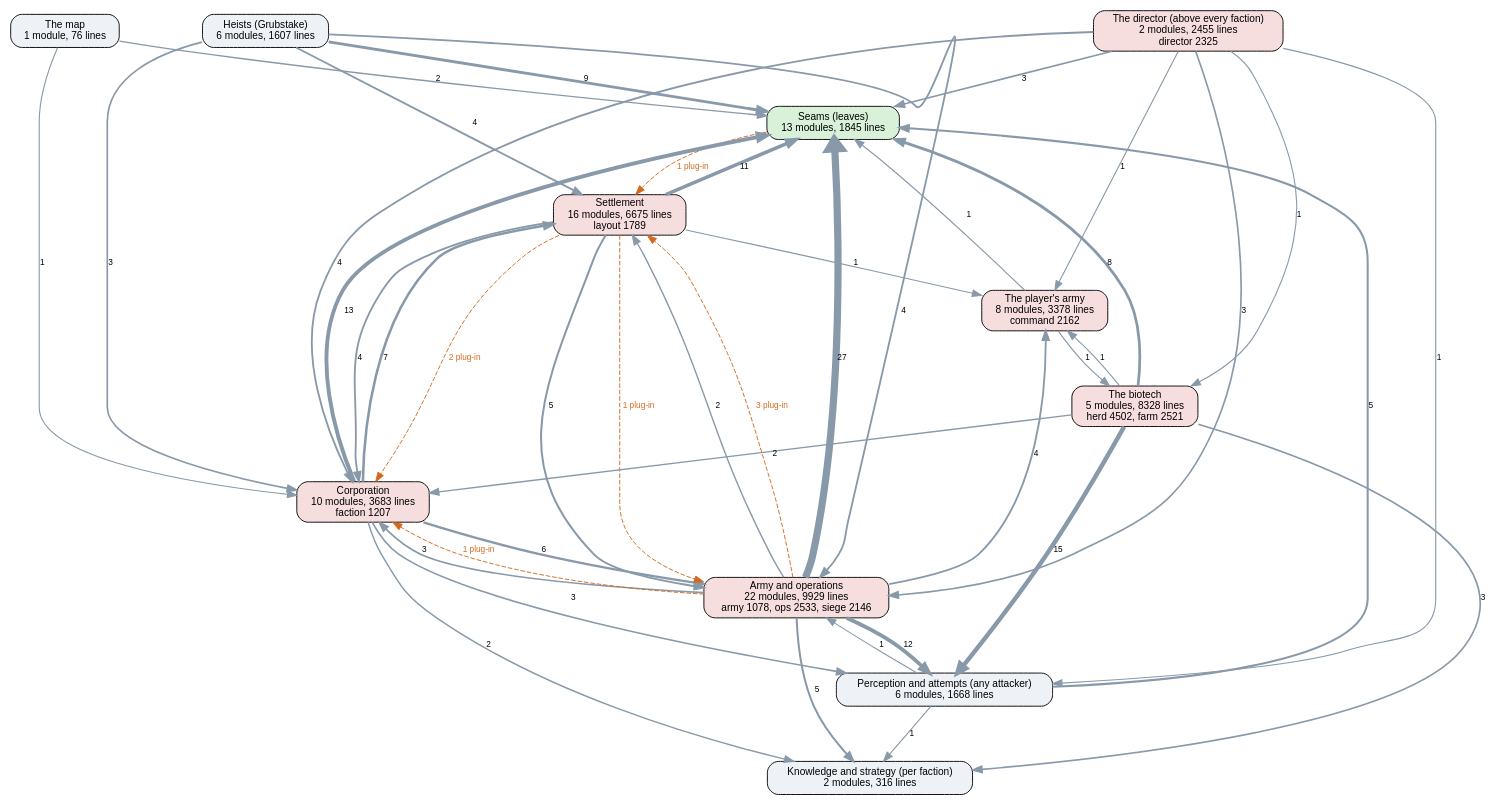
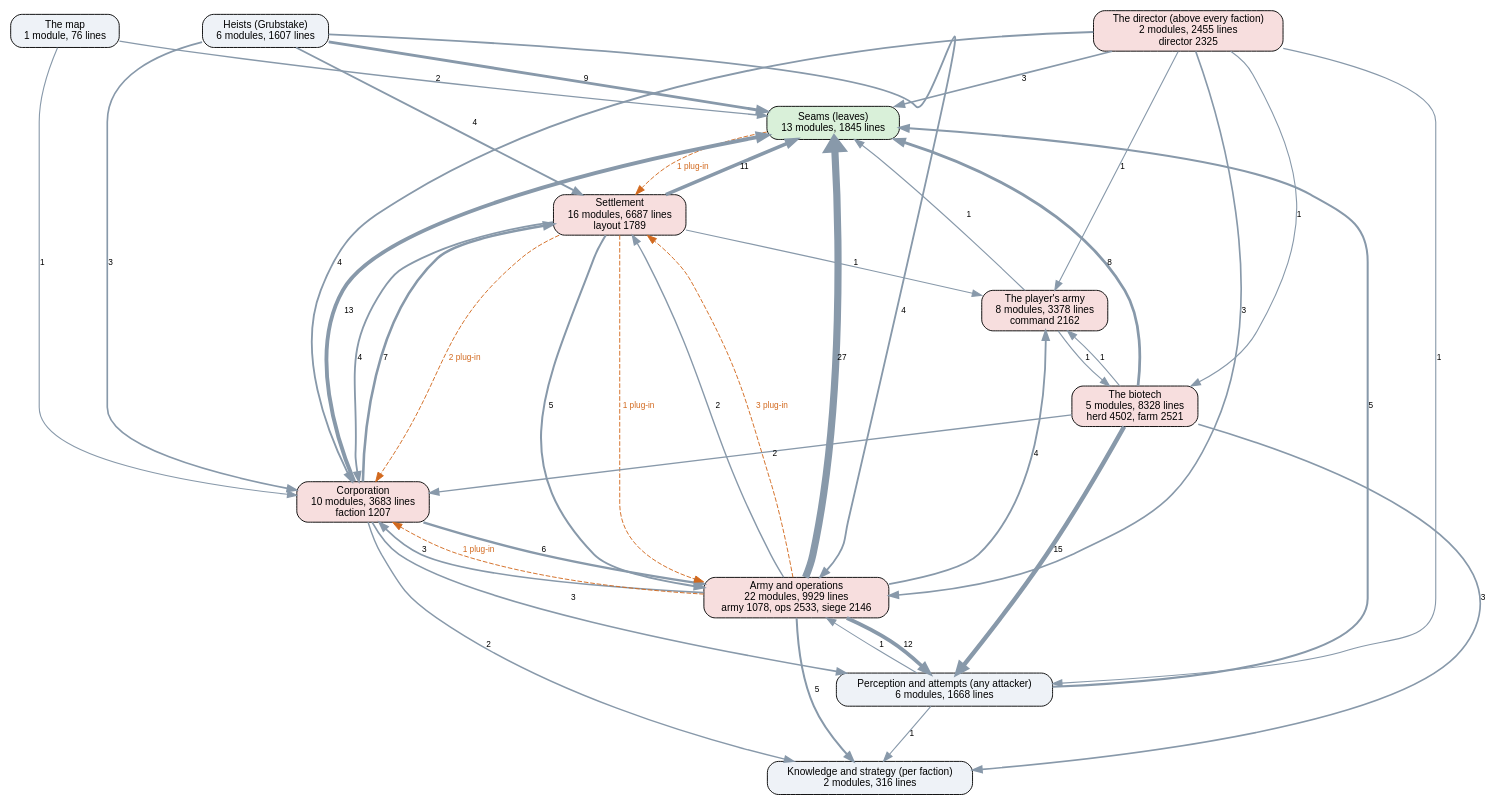
The diagram in docs/ai-layers.dot (kinelhu/landing-party), drawn with Graphviz before and after one commit. The commit also changed 9 other files, not shown here.

```diff
--- a/docs/ai-layers.dot
+++ b/docs/ai-layers.dot
@@ -1,58 +1,58 @@
 digraph layers {
   graph [rankdir=TB, fontname="Helvetica", nodesep=0.5, ranksep=0.7];
   node [shape=box, style="rounded,filled", fontname="Helvetica", fontsize=11, fillcolor="#eef2f7"];
   edge [color="#8899aa", fontname="Helvetica", fontsize=9];
   "Seams (leaves)" [label="Seams (leaves)\n13 modules, 1845 lines", fillcolor="#d9f0d9"];
   "Perception and attempts (any attacker)" [label="Perception and attempts (any attacker)\n6 modules, 1668 lines", fillcolor="#eef2f7"];
   "Knowledge and strategy (per faction)" [label="Knowledge and strategy (per faction)\n2 modules, 316 lines", fillcolor="#eef2f7"];
   "The director (above every faction)" [label="The director (above every faction)\n2 modules, 2455 lines\ndirector 2325", fillcolor="#f7dede"];
   "Corporation" [label="Corporation\n10 modules, 3683 lines\nfaction 1207", fillcolor="#f7dede"];
-  "Settlement" [label="Settlement\n16 modules, 6675 lines\nlayout 1789", fillcolor="#f7dede"];
+  "Settlement" [label="Settlement\n16 modules, 6687 lines\nlayout 1789", fillcolor="#f7dede"];
   "Army and operations" [label="Army and operations\n22 modules, 9929 lines\narmy 1078, ops 2533, siege 2146", fillcolor="#f7dede"];
   "Heists (Grubstake)" [label="Heists (Grubstake)\n6 modules, 1607 lines", fillcolor="#eef2f7"];
   "The biotech" [label="The biotech\n5 modules, 8328 lines\nherd 4502, farm 2521", fillcolor="#f7dede"];
   "The map" [label="The map\n1 module, 76 lines", fillcolor="#eef2f7"];
   "The player's army" [label="The player's army\n8 modules, 3378 lines\ncommand 2162", fillcolor="#f7dede"];
   "Army and operations" -> "Corporation" [label="3", penwidth=1.8];
   "Army and operations" -> "Knowledge and strategy (per faction)" [label="5", penwidth=2.2];
   "Army and operations" -> "Perception and attempts (any attacker)" [label="12", penwidth=4.0];
   "Army and operations" -> "Seams (leaves)" [label="27", penwidth=7.8];
   "Army and operations" -> "Settlement" [label="2", penwidth=1.5];
   "Army and operations" -> "The player's army" [label="4", penwidth=2.0];
   "Corporation" -> "Army and operations" [label="6", penwidth=2.5];
   "Corporation" -> "Knowledge and strategy (per faction)" [label="2", penwidth=1.5];
   "Corporation" -> "Perception and attempts (any attacker)" [label="3", penwidth=1.8];
   "Corporation" -> "Seams (leaves)" [label="13", penwidth=4.2];
   "Corporation" -> "Settlement" [label="7", penwidth=2.8];
   "Heists (Grubstake)" -> "Army and operations" [label="4", penwidth=2.0];
   "Heists (Grubstake)" -> "Corporation" [label="3", penwidth=1.8];
   "Heists (Grubstake)" -> "Seams (leaves)" [label="9", penwidth=3.2];
   "Heists (Grubstake)" -> "Settlement" [label="4", penwidth=2.0];
   "Perception and attempts (any attacker)" -> "Army and operations" [label="1", penwidth=1.2];
   "Perception and attempts (any attacker)" -> "Knowledge and strategy (per faction)" [label="1", penwidth=1.2];
   "Perception and attempts (any attacker)" -> "Seams (leaves)" [label="5", penwidth=2.2];
   "Settlement" -> "Army and operations" [label="5", penwidth=2.2];
   "Settlement" -> "Corporation" [label="4", penwidth=2.0];
   "Settlement" -> "Seams (leaves)" [label="11", penwidth=3.8];
   "Settlement" -> "The player's army" [label="1", penwidth=1.2];
   "The biotech" -> "Corporation" [label="2", penwidth=1.5];
   "The biotech" -> "Knowledge and strategy (per faction)" [label="3", penwidth=1.8];
   "The biotech" -> "Perception and attempts (any attacker)" [label="15", penwidth=4.8];
   "The biotech" -> "Seams (leaves)" [label="8", penwidth=3.0];
   "The biotech" -> "The player's army" [label="1", penwidth=1.2];
   "The director (above every faction)" -> "Army and operations" [label="3", penwidth=1.8];
   "The director (above every faction)" -> "Corporation" [label="4", penwidth=2.0];
   "The director (above every faction)" -> "Perception and attempts (any attacker)" [label="1", penwidth=1.2];
   "The director (above every faction)" -> "Seams (leaves)" [label="3", penwidth=1.8];
   "The director (above every faction)" -> "The biotech" [label="1", penwidth=1.2];
   "The director (above every faction)" -> "The player's army" [label="1", penwidth=1.2];
   "The map" -> "Corporation" [label="1", penwidth=1.2];
   "The map" -> "Seams (leaves)" [label="2", penwidth=1.5];
   "The player's army" -> "Seams (leaves)" [label="1", penwidth=1.2];
   "The player's army" -> "The biotech" [label="1", penwidth=1.2];
   "Army and operations" -> "Corporation" [style=dashed, color="#d2691e", fontcolor="#d2691e", label="1 plug-in"];
   "Army and operations" -> "Settlement" [style=dashed, color="#d2691e", fontcolor="#d2691e", label="3 plug-in"];
   "Seams (leaves)" -> "Settlement" [style=dashed, color="#d2691e", fontcolor="#d2691e", label="1 plug-in"];
   "Settlement" -> "Army and operations" [style=dashed, color="#d2691e", fontcolor="#d2691e", label="1 plug-in"];
   "Settlement" -> "Corporation" [style=dashed, color="#d2691e", fontcolor="#d2691e", label="2 plug-in"];
 }
```
